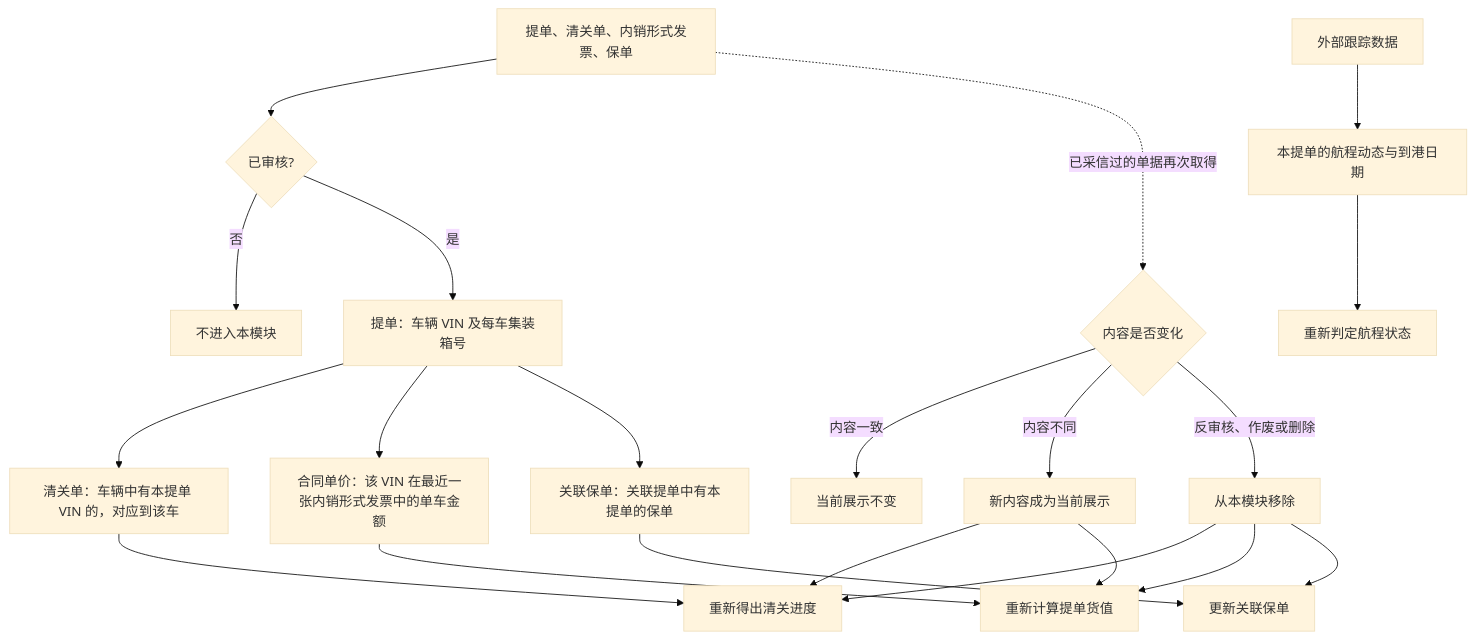
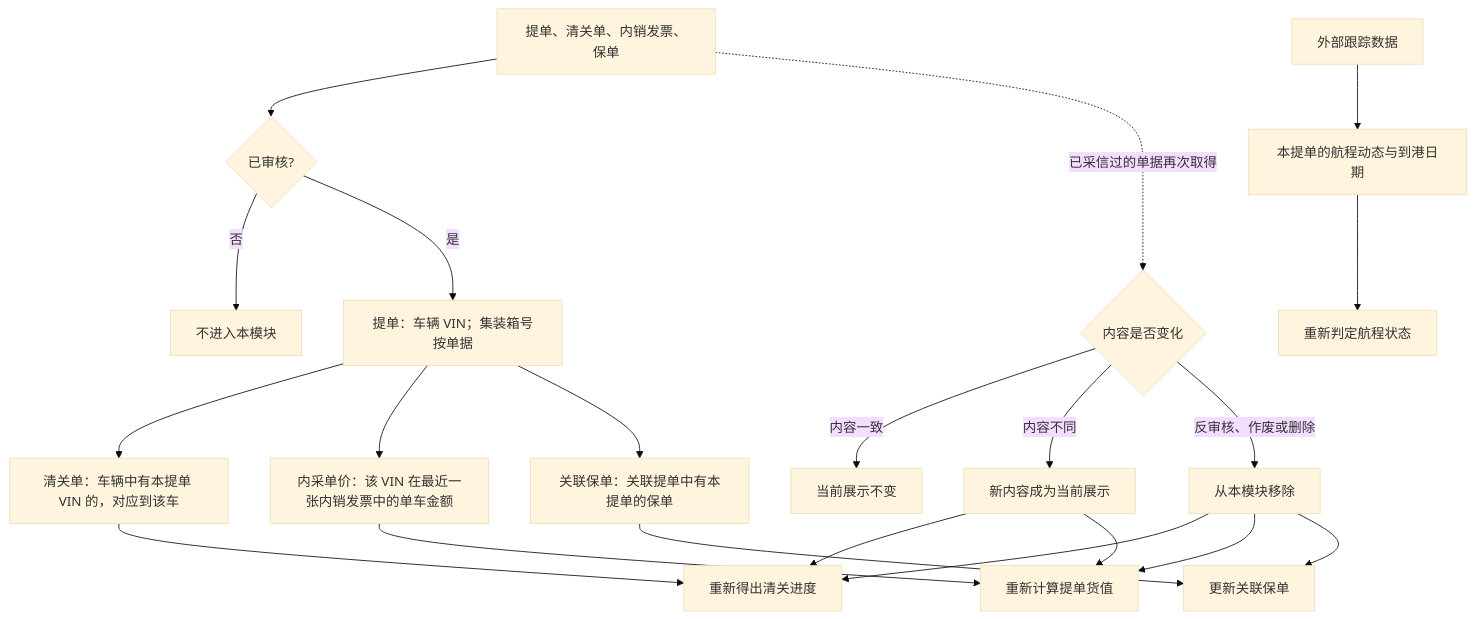
The first of 4 diagrams in asset-trust-platform/PRD/运营端/M12-提单信息/02-提单信息-流程图与状态机.md (wxblockchain/Chain-Financing), drawn with Mermaid (base theme) before and after one commit. The commit also changed other lines of this file and 3 other files, not shown here.

````diff
--- a/asset-trust-platform/PRD/运营端/M12-提单信息/02-提单信息-流程图与状态机.md
+++ b/asset-trust-platform/PRD/运营端/M12-提单信息/02-提单信息-流程图与状态机.md
@@ -17,23 +17,23 @@
 ```mermaid
 flowchart TD
-    A[提单、清关单、内销形式发票、保单] --> B{已审核?}
+    A[提单、清关单、内销发票、保单] --> B{已审核?}
     B -->|否| X[不进入本模块]
-    B -->|是| C[提单：车辆 VIN 及每车集装箱号]
+    B -->|是| C[提单：车辆 VIN；集装箱号按单据]
     C --> D1[清关单：车辆中有本提单 VIN 的，对应到该车]
-    C --> D2[合同单价：该 VIN 在最近一张内销形式发票中的单车金额]
+    C --> D2[内采单价：该 VIN 在最近一张内销发票中的单车金额]
     C --> D3[关联保单：关联提单中有本提单的保单]
     T[外部跟踪数据] --> D4[本提单的航程动态与到港日期]
     D1 --> R[重新得出清关进度]
     D2 --> V[重新计算提单货值]
     D3 --> P[更新关联保单]
     D4 --> S[重新判定航程状态]
     A -. 已采信过的单据再次取得 .-> U{内容是否变化}
     U -->|内容一致| K[当前展示不变]
     U -->|内容不同| N[新内容成为当前展示]
     U -->|反审核、作废或删除| M[从本模块移除]
     N --> R
     N --> V
     M --> R
     M --> V
     M --> P
 ```
````
